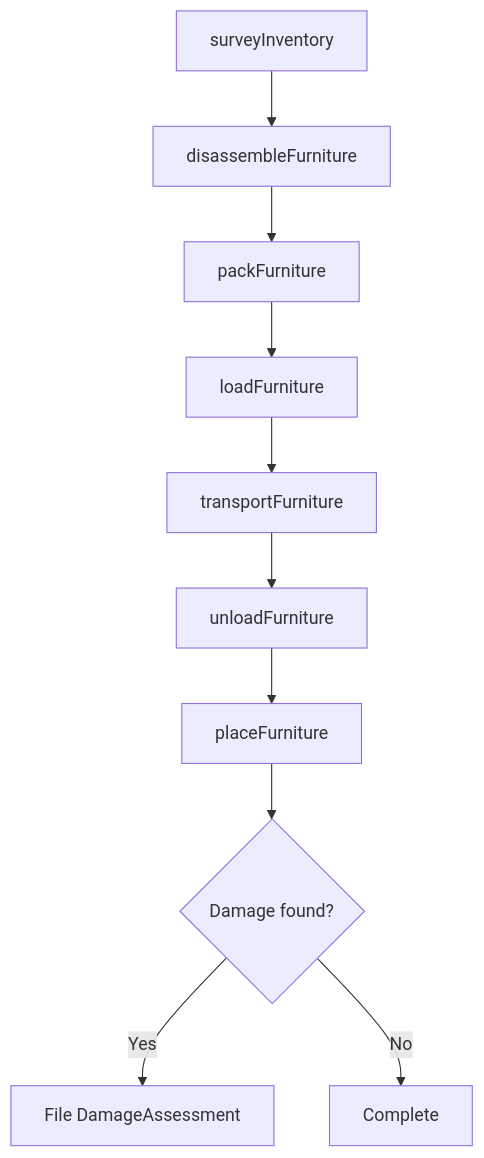
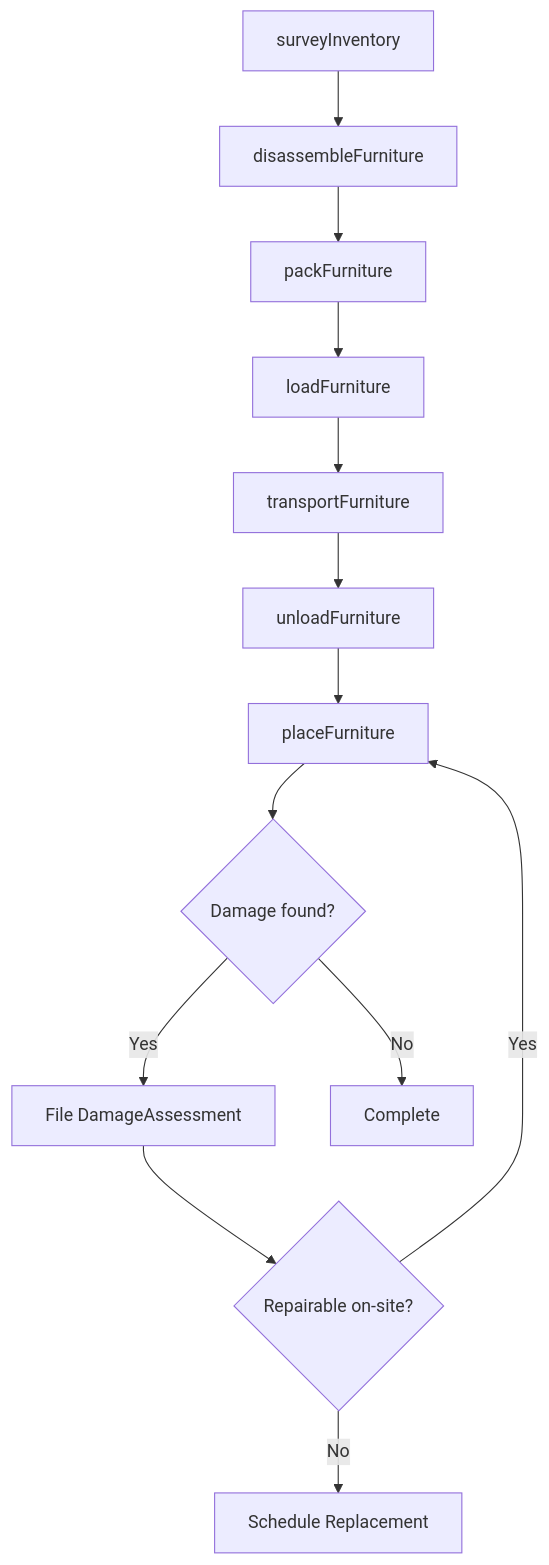
The third of 4 diagrams in PerformingGeneralPhysicalActivities/MoveMaterialsEquipmentOrSupplies/MoveFurniture.mdx (dot-org-ai/tasks.org.ai), drawn with Mermaid before and after one commit. The commit also changed other lines of this file and 307 other files, not shown here.

First line of the commit message:
feat: Add ER diagrams and state diagrams to remaining 308 DWA task files (wave 3 complete)

````diff
--- a/PerformingGeneralPhysicalActivities/MoveMaterialsEquipmentOrSupplies/MoveFurniture.mdx
+++ b/PerformingGeneralPhysicalActivities/MoveMaterialsEquipmentOrSupplies/MoveFurniture.mdx
@@ -85,12 +113,15 @@
 ```mermaid
 graph TD
     A[surveyInventory] --> B[disassembleFurniture]
     B --> C[packFurniture]
     C --> D[loadFurniture]
     D --> E[transportFurniture]
     E --> F[unloadFurniture]
     F --> G[placeFurniture]
     G --> H{Damage found?}
     H -->|Yes| I[File DamageAssessment]
+    I --> K{Repairable on-site?}
+    K -->|Yes| G
+    K -->|No| L[Schedule Replacement]
     H -->|No| J[Complete]
 ```
````
